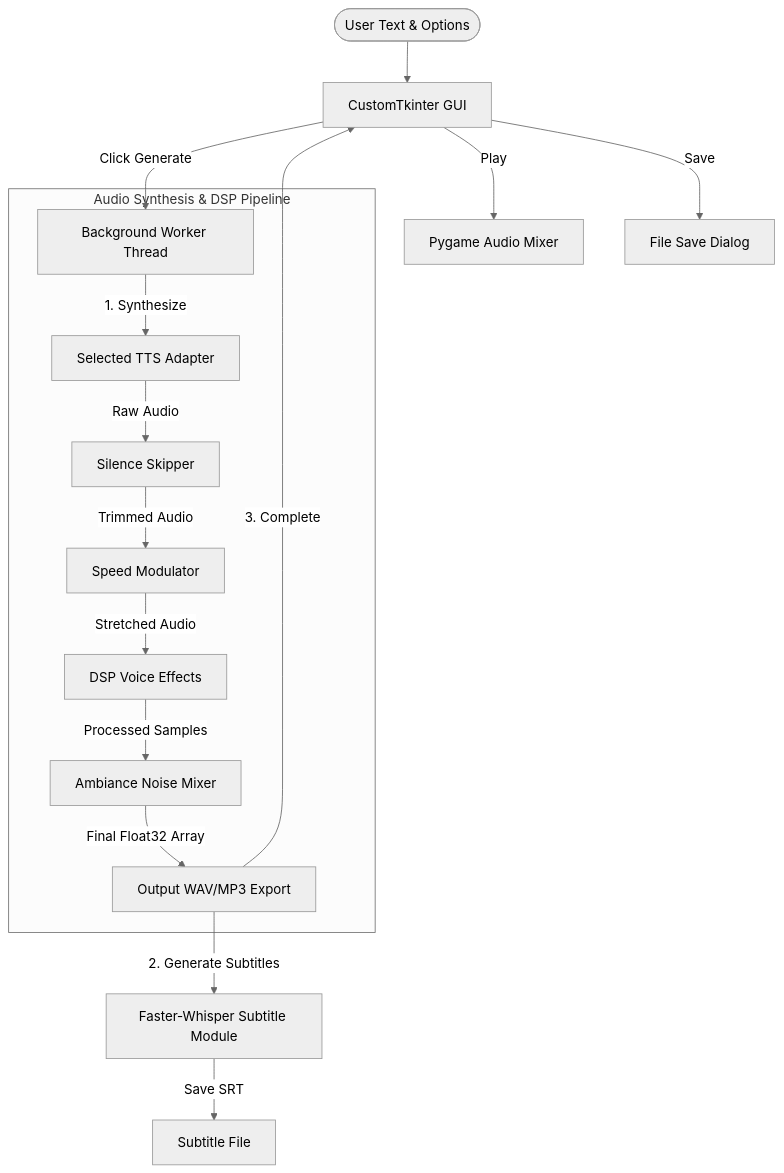
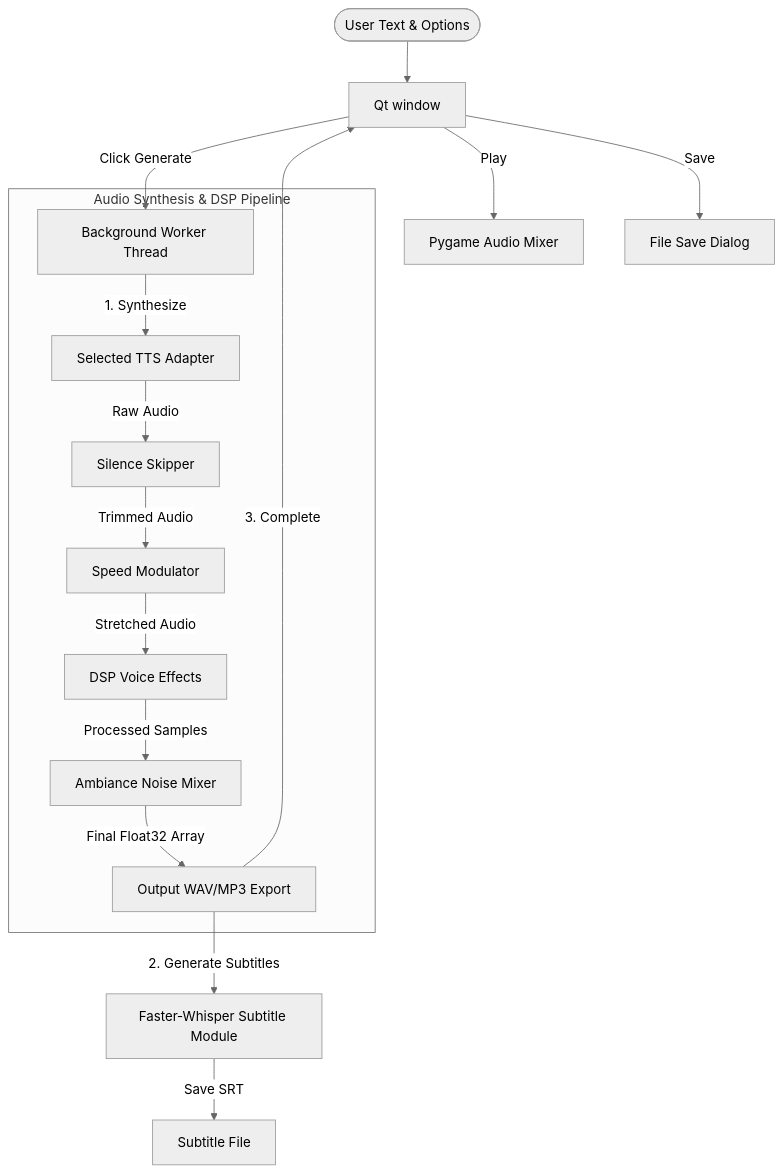
Before and after one commit to iftiaj-com/AditsVoiceStudio: the first of 2 diagrams in AGENTS.md, drawn with Mermaid (neutral theme). The commit also changed other lines of this file and 41 other files, not shown here.

First line of the commit message:
refactor: remove the CustomTkinter window, rename ui_qt/ to ui/

````diff
--- a/AGENTS.md
+++ b/AGENTS.md
@@ -120,21 +106,21 @@
 ```mermaid
 graph TD
-    User([User Text & Options]) --> UI[CustomTkinter GUI]
+    User([User Text & Options]) --> UI[Qt window]
     UI -->|Click Generate| WT[Background Worker Thread]
     
     subgraph Pipeline [Audio Synthesis & DSP Pipeline]
         WT -->|1. Synthesize| Adapter[Selected TTS Adapter]
         Adapter -->|Raw Audio| SS[Silence Skipper]
         SS -->|Trimmed Audio| SP[Speed Modulator]
         SP -->|Stretched Audio| FX[DSP Voice Effects]
         FX -->|Processed Samples| AM[Ambiance Noise Mixer]
         AM -->|Final Float32 Array| WAV[Output WAV/MP3 Export]
     end
 
     WAV -->|2. Generate Subtitles| Whisper[Faster-Whisper Subtitle Module]
     Whisper -->|Save SRT| SRT[Subtitle File]
     WAV -->|3. Complete| UI
     
     UI -->|Play| Mixer[Pygame Audio Mixer]
     UI -->|Save| Export[File Save Dialog]
 ```
````
